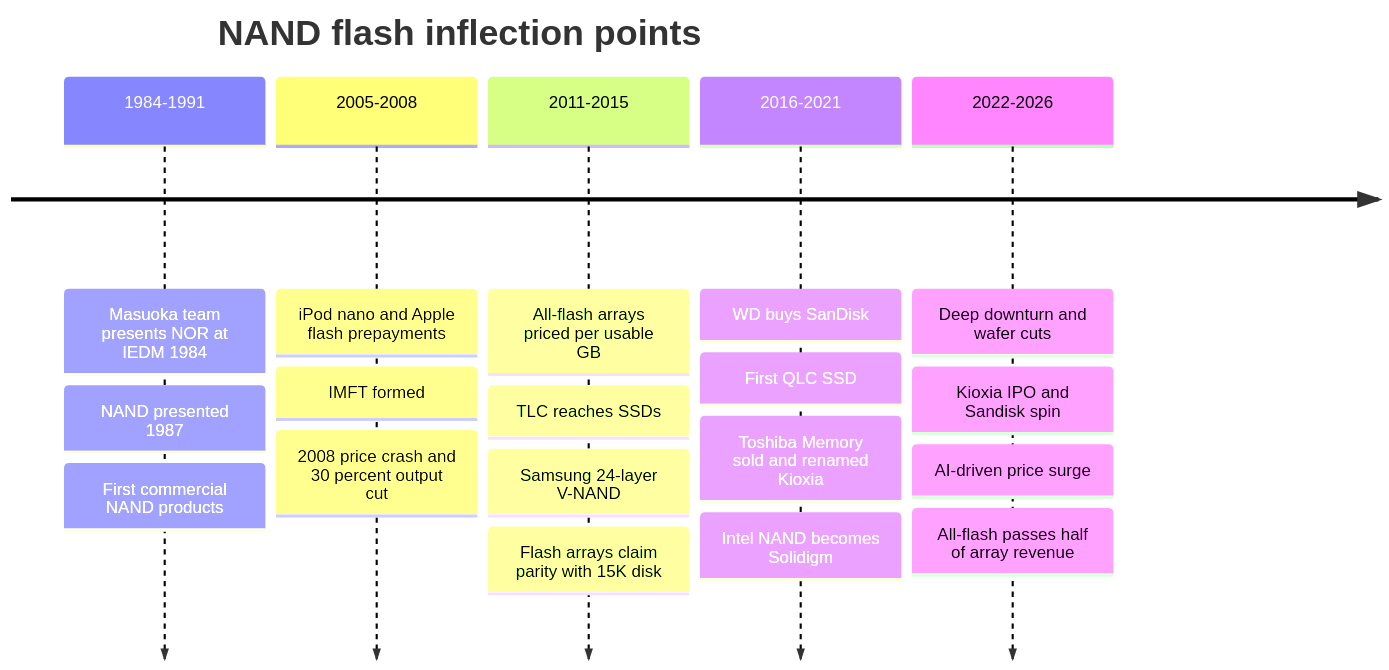
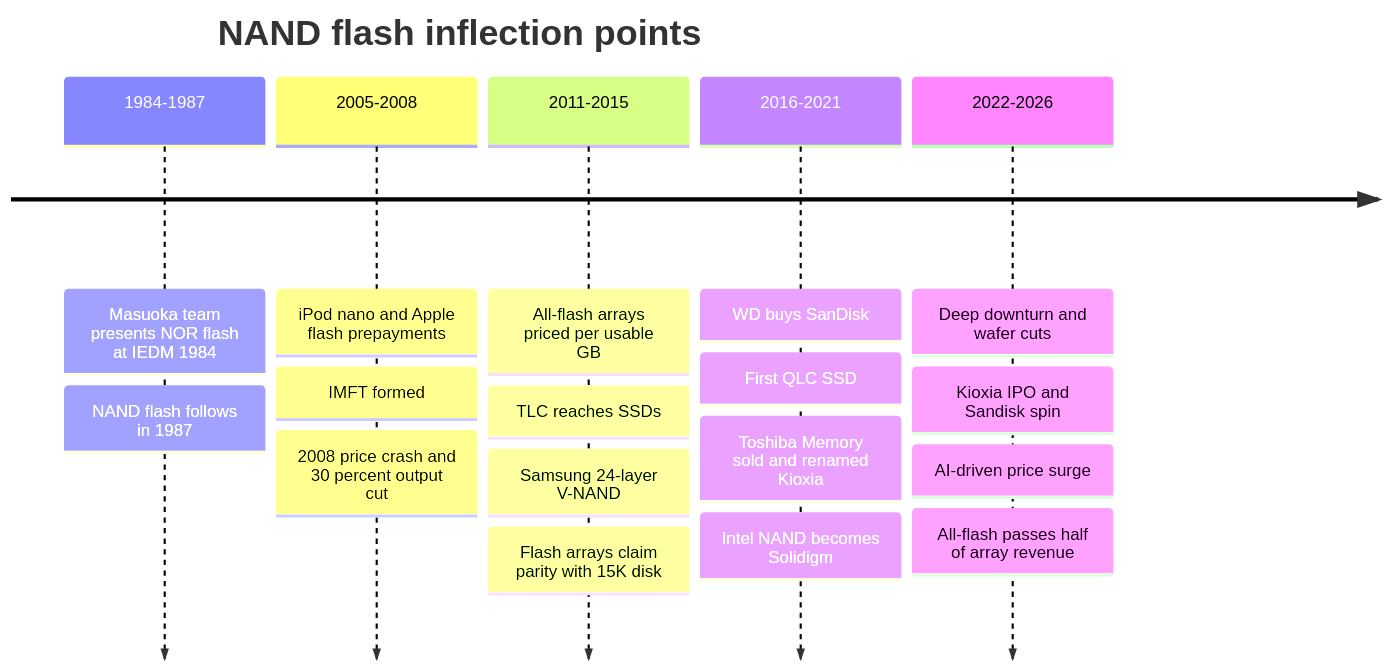
One commit to FrankHuang94/storage-_db_claude changed the first of 2 diagrams in docs/07-history-and-future/52-history-of-flash.md. Above: the diagram before and after it, drawn with Mermaid. The commit also changed other lines of this file and 1 other file, not shown here.

````diff
--- a/docs/07-history-and-future/52-history-of-flash.md
+++ b/docs/07-history-and-future/52-history-of-flash.md
@@ -24,9 +24,9 @@
 ```mermaid
 timeline
     title NAND flash inflection points
-    1984-1991 : Masuoka team presents NOR at IEDM 1984 : NAND presented 1987 : First commercial NAND products
+    1984-1987 : Masuoka team presents NOR flash at IEDM 1984 : NAND flash follows in 1987
     2005-2008 : iPod nano and Apple flash prepayments : IMFT formed : 2008 price crash and 30 percent output cut
     2011-2015 : All-flash arrays priced per usable GB : TLC reaches SSDs : Samsung 24-layer V-NAND : Flash arrays claim parity with 15K disk
     2016-2021 : WD buys SanDisk : First QLC SSD : Toshiba Memory sold and renamed Kioxia : Intel NAND becomes Solidigm
     2022-2026 : Deep downturn and wafer cuts : Kioxia IPO and Sandisk spin : AI-driven price surge : All-flash passes half of array revenue
 ```
````
